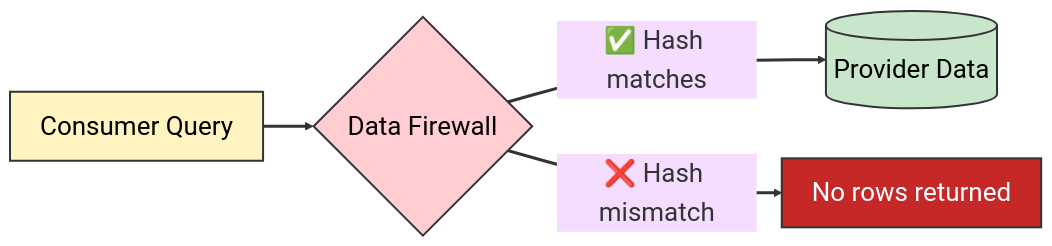
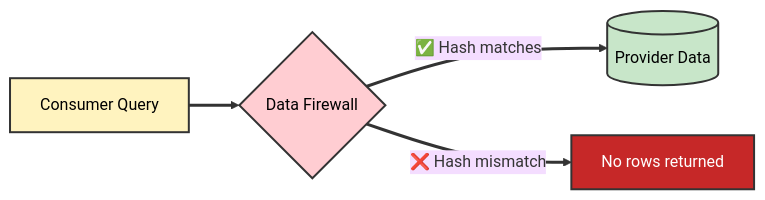
Before and after one commit to sfc-gh-vshiv/sfquickstart-data-clean-room: the fourth of 4 diagrams in DCR_Flow_and_Cost_Guide.md, drawn with Mermaid.

Commit message:
Adjust font size in DCR Flow and Cost Guide Mermaid diagrams to enhance readability and maintain consistency across sections.

````diff
--- a/DCR_Flow_and_Cost_Guide.md
+++ b/DCR_Flow_and_Cost_Guide.md
@@ -171,14 +171,14 @@
 ```mermaid
-%%{init: {'theme': 'base', 'themeVariables': {'fontSize': '26px'}}}%%
+%%{init: {'theme': 'base', 'themeVariables': {'fontSize': '16px'}}}%%
 flowchart LR
     Q[Consumer Query] ==> DF{Data Firewall}
     DF ==>|"✅ Hash matches"| D[(Provider Data)]
     DF ==>|"❌ Hash mismatch"| X[No rows returned]
     
     style Q fill:#fff3bf,stroke:#333,stroke-width:2px,color:#000
     style DF fill:#ffcdd2,stroke:#333,stroke-width:2px,color:#000
     style D fill:#c8e6c9,stroke:#333,stroke-width:2px,color:#000
     style X fill:#c62828,stroke:#333,stroke-width:2px,color:#fff
     
     linkStyle default stroke:#333,stroke-width:3px
 ```
````
